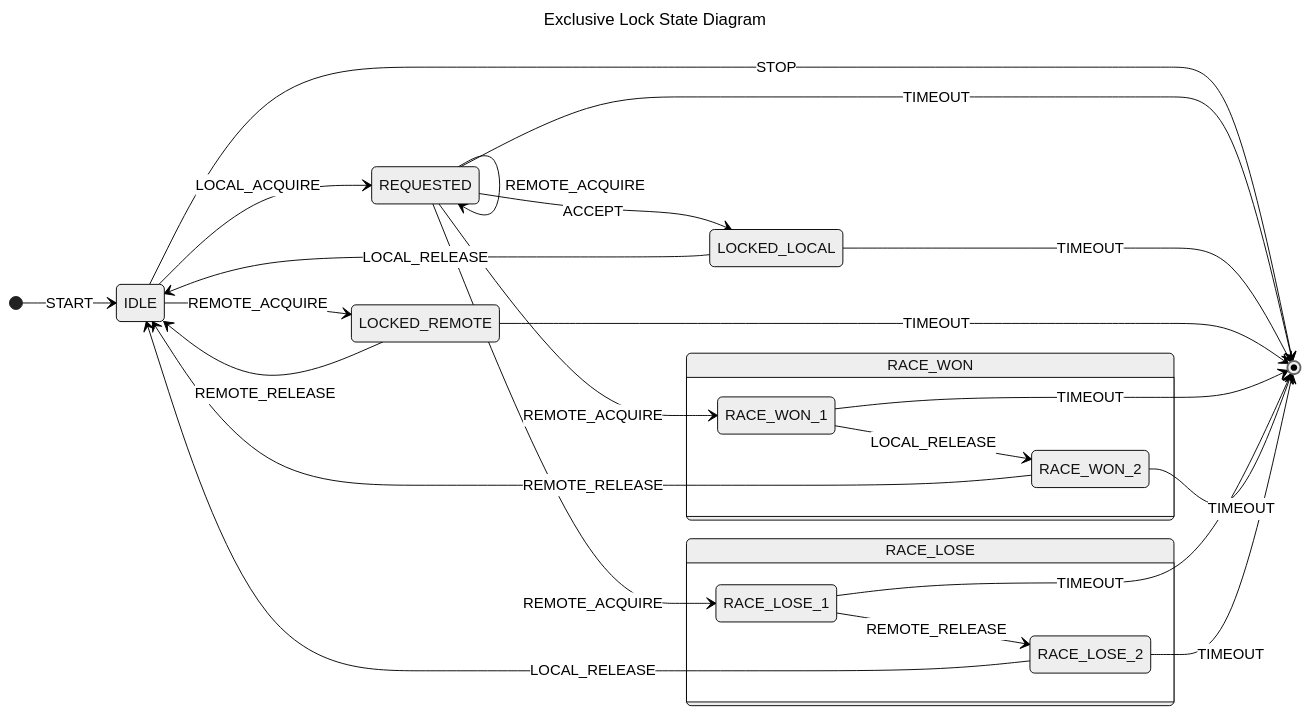
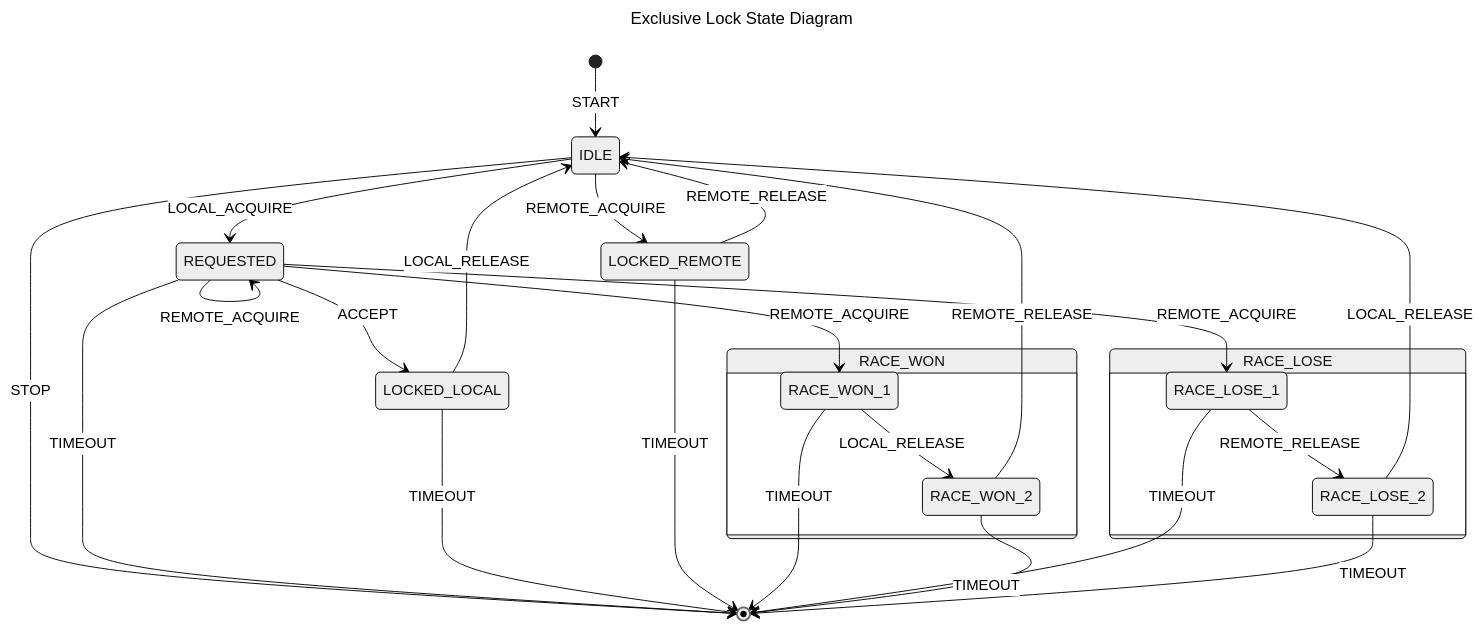
One commit to shinka-rpc/shinka-js changed the diagram in docs/api-reference/exclusive-lock.md. Above: the diagram before and after it, drawn with Mermaid (neutral theme). The commit also changed 4 other files, not shown here.

````diff
--- a/docs/api-reference/exclusive-lock.md
+++ b/docs/api-reference/exclusive-lock.md
@@ -27,43 +27,41 @@
 ```mermaid
 ---
 title: Exclusive Lock State Diagram
 ---
 stateDiagram-v2
-    direction LR
-
     [*] --> IDLE: START
 
     IDLE --> REQUESTED: LOCAL_ACQUIRE
     IDLE --> LOCKED_REMOTE: REMOTE_ACQUIRE
     IDLE --> [*]: STOP
 
     REQUESTED --> LOCKED_LOCAL: ACCEPT
     REQUESTED --> RACE_WON_1: REMOTE_ACQUIRE
     REQUESTED --> RACE_LOSE_1: REMOTE_ACQUIRE
     REQUESTED --> REQUESTED: REMOTE_ACQUIRE
     REQUESTED --> [*]: TIMEOUT
 
     LOCKED_LOCAL --> IDLE: LOCAL_RELEASE
     LOCKED_LOCAL --> [*]: TIMEOUT
 
     LOCKED_REMOTE --> IDLE: REMOTE_RELEASE
     LOCKED_REMOTE --> [*]: TIMEOUT
 
     state RACE_WON {
         RACE_WON_1 --> RACE_WON_2: LOCAL_RELEASE
     }
 
     RACE_WON_1 --> [*]: TIMEOUT
 
     state RACE_LOSE {
         RACE_LOSE_1 --> RACE_LOSE_2: REMOTE_RELEASE
     }
 
     RACE_LOSE_1 --> [*]: TIMEOUT
 
     RACE_WON_2 --> IDLE: REMOTE_RELEASE
     RACE_WON_2 --> [*]: TIMEOUT
 
     RACE_LOSE_2 --> IDLE: LOCAL_RELEASE
     RACE_LOSE_2 --> [*]: TIMEOUT
 ```
````
